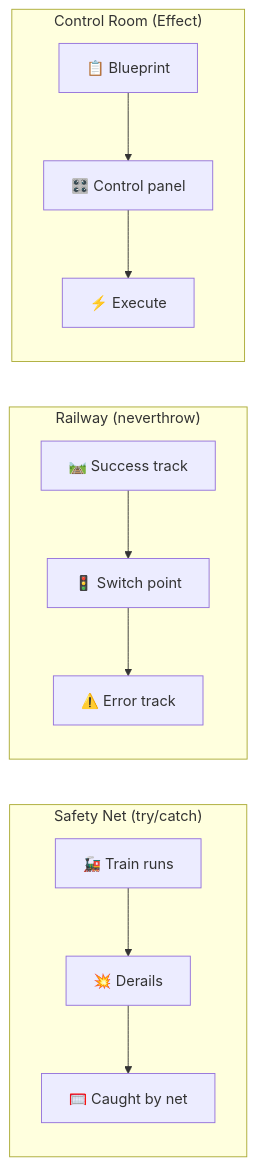
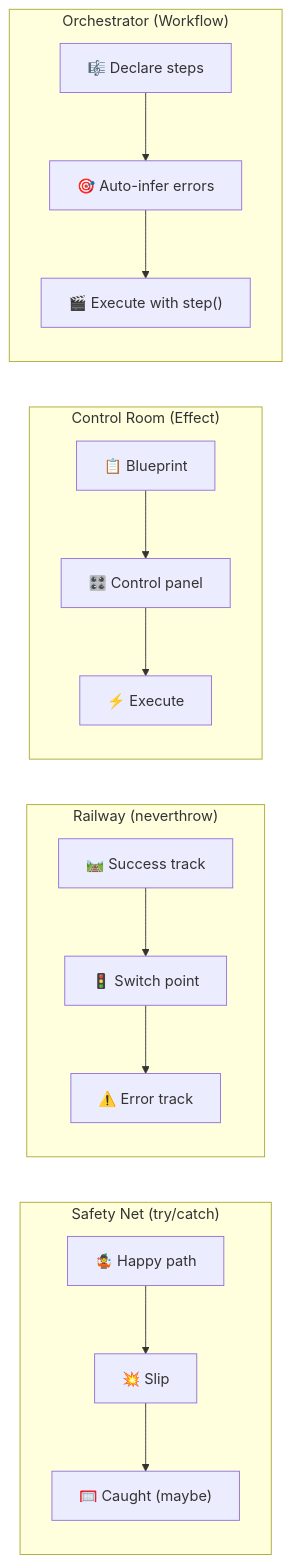
One commit to jagreehal/trycatch-vs-neverthrow-vs-effect changed the second of 8 diagrams in README.md. Above: the diagram before and after it, drawn with Mermaid. The commit also changed other lines of this file and 3 other files, not shown here.

````diff
--- a/README.md
+++ b/README.md
@@ -65,26 +92,34 @@
 ```mermaid
 graph LR
     subgraph "Safety Net (try/catch)"
-        A1["🚂 Train runs"]
-        A2["💥 Derails"]
-        A3["🥅 Caught by net"]
+        A1["🤹 Happy path"]
+        A2["💥 Slip"]
+        A3["🥅 Caught (maybe)"]
         A1 --> A2
         A2 --> A3
     end
 
     subgraph "Railway (neverthrow)"
         B1["🛤️ Success track"]
         B2["🚦 Switch point"]
         B3["⚠️ Error track"]
         B1 --> B2
         B2 --> B3
     end
 
     subgraph "Control Room (Effect)"
         C1["📋 Blueprint"]
         C2["🎛️ Control panel"]
         C3["⚡ Execute"]
         C1 --> C2
         C2 --> C3
     end
+
+    subgraph "Orchestrator (Workflow)"
+        D1["🎼 Declare steps"]
+        D2["🎯 Auto-infer errors"]
+        D3["🎬 Execute with step()"]
+        D1 --> D2
+        D2 --> D3
+    end
 ```
````
